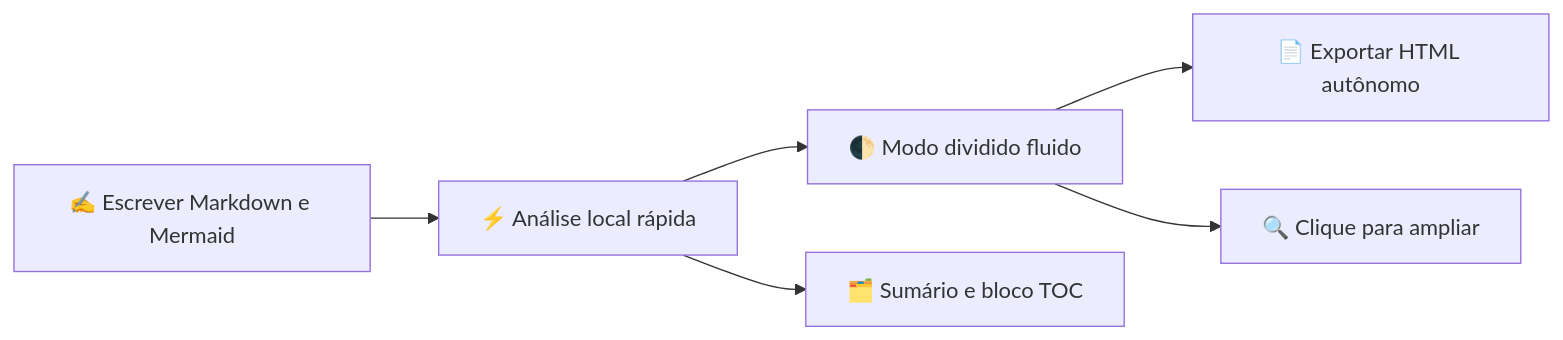
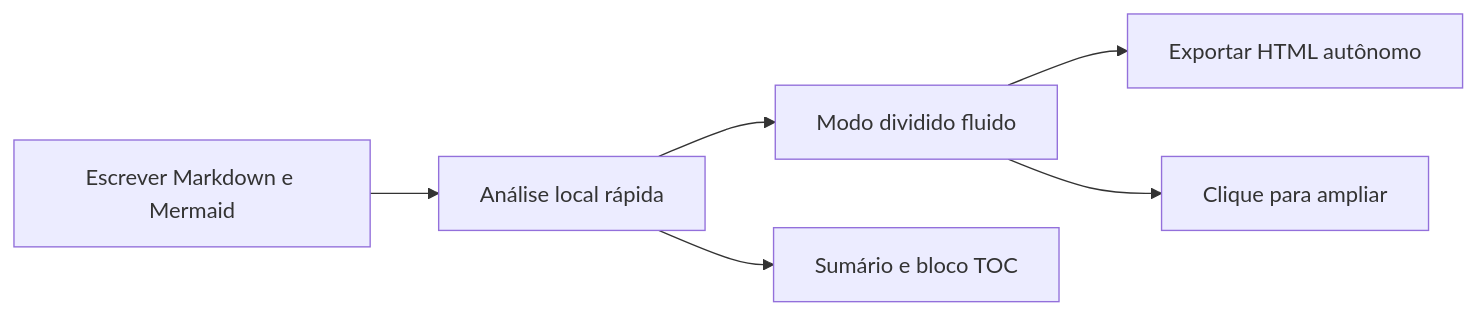
Before and after one commit to 2716190547/zmark: the diagram in crates/zmark_app/assets/welcome/pt.md, drawn with Mermaid. The commit also changed other lines of this file and 9 other files, not shown here.

````diff
--- a/crates/zmark_app/assets/welcome/pt.md
+++ b/crates/zmark_app/assets/welcome/pt.md
@@ -84,8 +84,8 @@
 ```mermaid
 flowchart LR
-    Write["✍️ Escrever Markdown e Mermaid"] --> Parse["⚡️ Análise local rápida"]
-    Parse --> Split["🌓 Modo dividido fluido"]
-    Parse --> Outline["🗂️ Sumário e bloco TOC"]
-    Split --> Export["📄 Exportar HTML autônomo"]
-    Split --> Lightbox["🔍 Clique para ampliar"]
+    Write["Escrever Markdown e Mermaid"] --> Parse["Análise local rápida"]
+    Parse --> Split["Modo dividido fluido"]
+    Parse --> Outline["Sumário e bloco TOC"]
+    Split --> Export["Exportar HTML autônomo"]
+    Split --> Lightbox["Clique para ampliar"]
 ```
````
